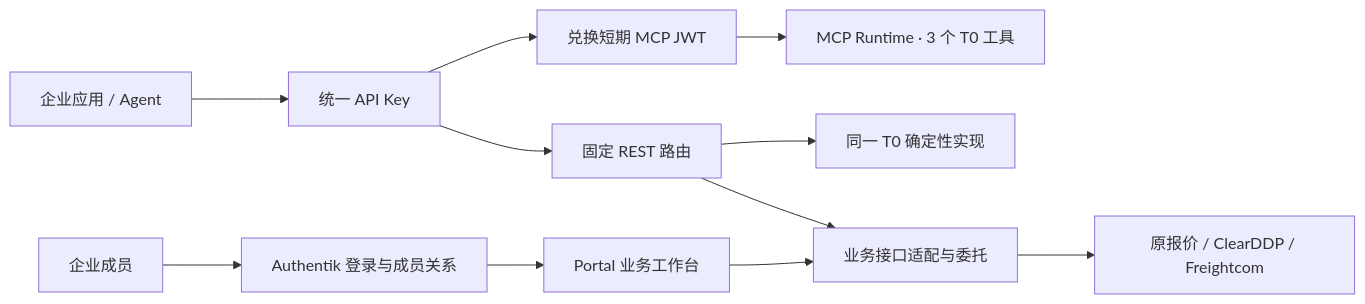
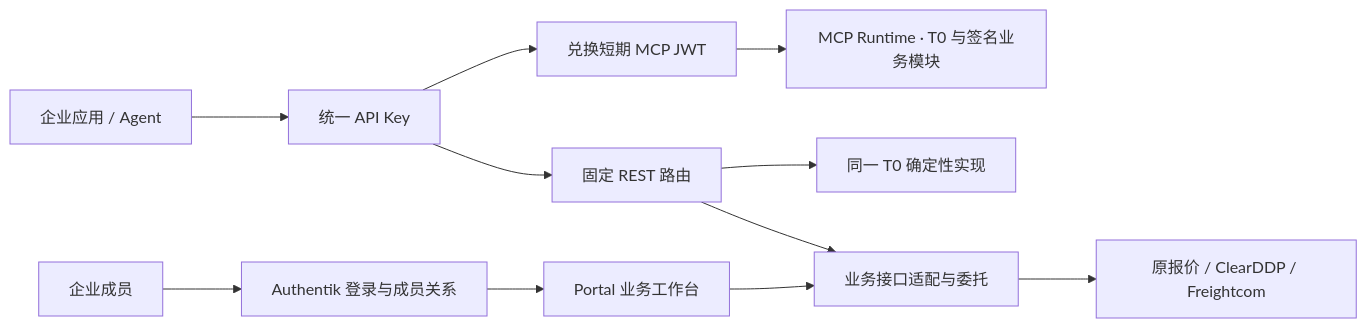
Before and after one commit to zqj372-ops/cross-border-logistics-mcp: the diagram in README.md, drawn with Mermaid. The commit also changed other lines of this file and 115 other files, not shown here.

Commit message:
feat: complete business MCP capabilities and shared portal runtime

````diff
--- a/README.md
+++ b/README.md
@@ -43,13 +44,13 @@
 ```mermaid
 flowchart LR
   U[企业成员] --> I[Authentik 登录与成员关系]
   I --> P[Portal 业务工作台]
   A[企业应用 / Agent] --> K[统一 API Key]
   K --> R[固定 REST 路由]
   K --> E[兑换短期 MCP JWT]
-  E --> M[MCP Runtime · 3 个 T0 工具]
+  E --> M[MCP Runtime · T0 与签名业务模块]
   R --> T[同一 T0 确定性实现]
   R --> B[业务接口适配与委托]
   P --> B
   B --> S[原报价 / ClearDDP / Freightcom]
 ```
````
